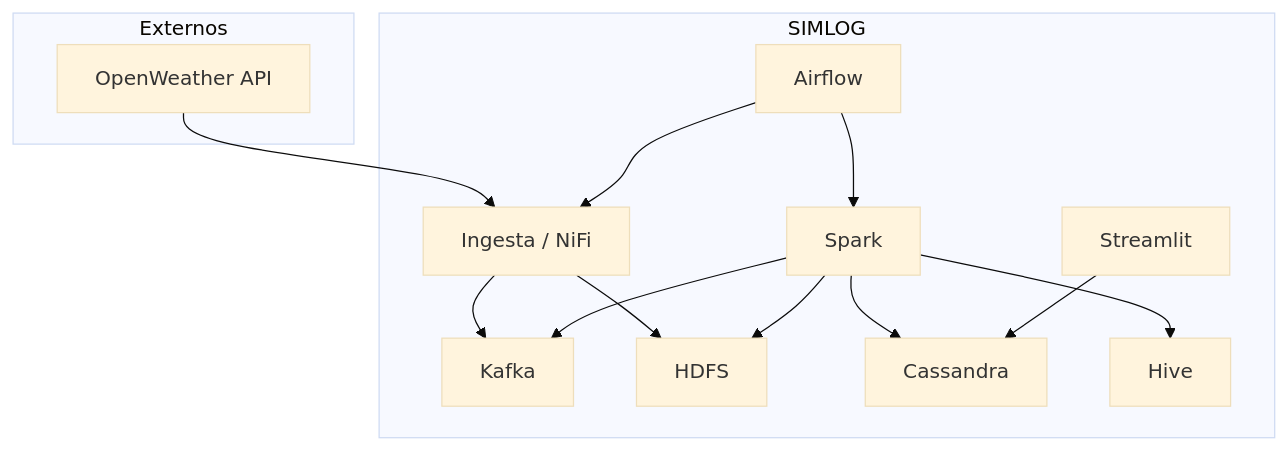
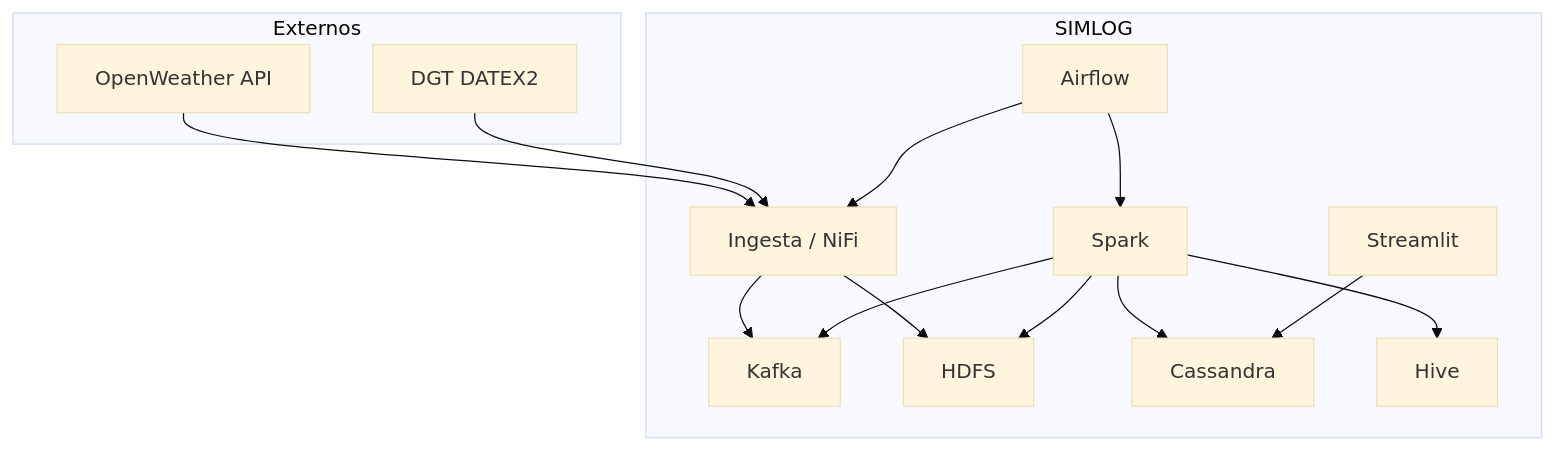
One commit to gracobjo/proyecto_transporte_global_standalone changed the first of 2 diagrams in docs/DISENO_SISTEMA.md. Above: the diagram before and after it, drawn with Mermaid (base theme). The commit also changed other lines of this file and 47 other files, not shown here.

````diff
--- a/docs/DISENO_SISTEMA.md
+++ b/docs/DISENO_SISTEMA.md
@@ -98,26 +100,28 @@
 ```mermaid
 flowchart TB
   subgraph Externos
     OWM[OpenWeather API]
+    DGT[DGT DATEX2]
   end
   subgraph SIMLOG
     ING[Ingesta / NiFi]
     K[Kafka]
     H[HDFS]
     SP[Spark]
     CA[Cassandra]
     HV[Hive]
     AF[Airflow]
     UI[Streamlit]
   end
   OWM --> ING
+  DGT --> ING
   ING --> K
   ING --> H
   SP --> K
   SP --> H
   SP --> CA
   SP --> HV
   AF --> ING
   AF --> SP
   UI --> CA
 ```
````
